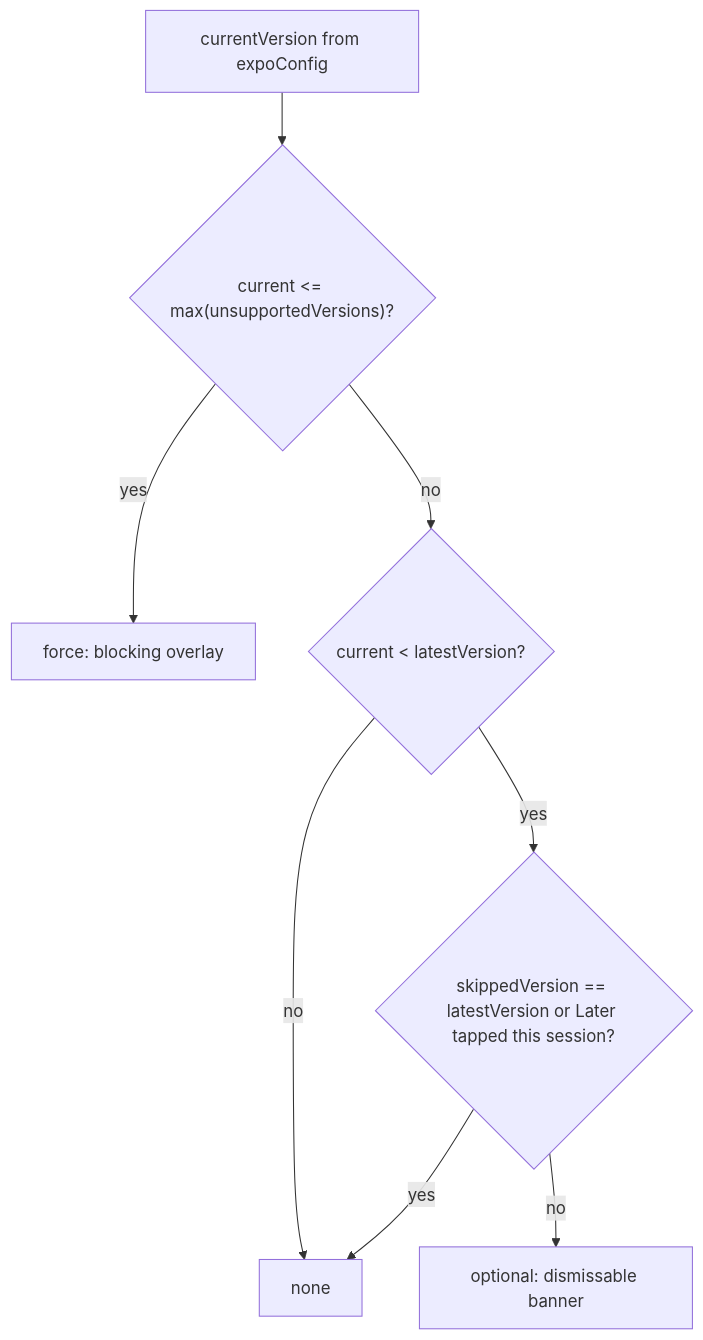
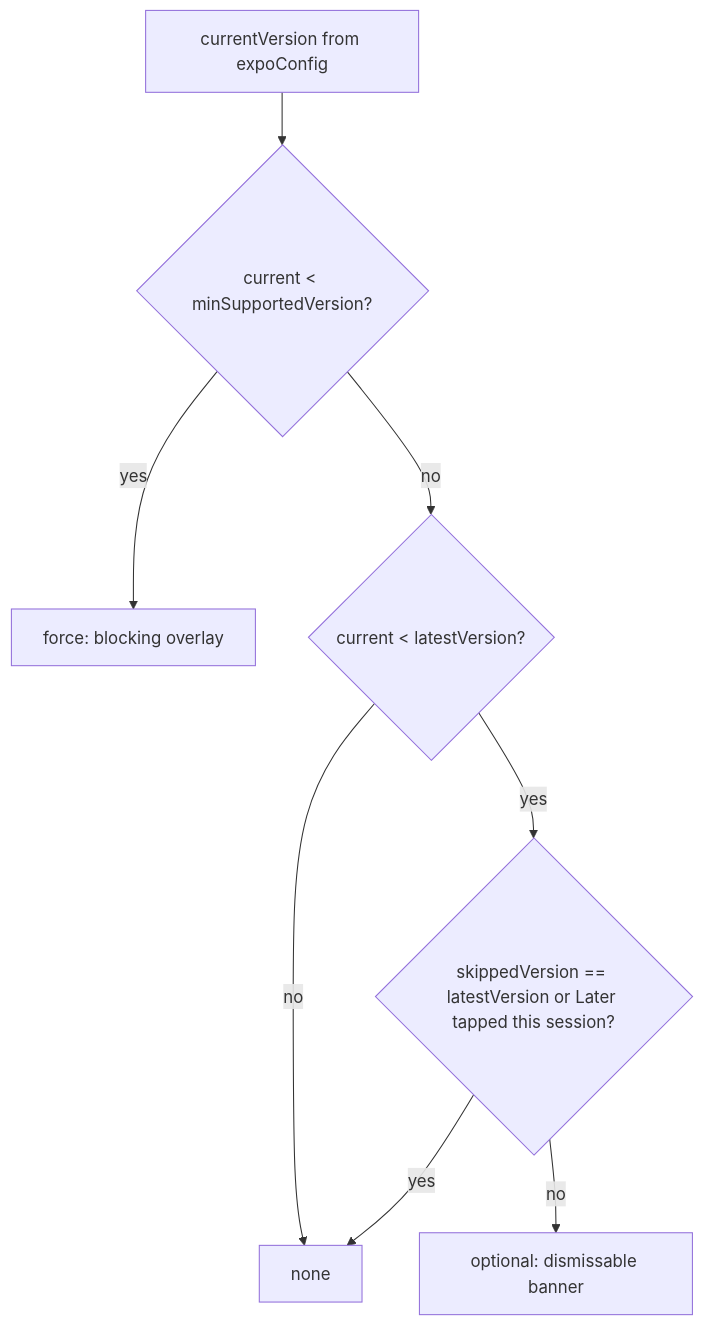
One commit to RitikJaiswal75/health-os changed the first of 2 diagrams in docs/APP-UPDATE-BANNER-PLAN.md. Above: the diagram before and after it, drawn with Mermaid. The commit also changed other lines of this file and 53 other files, not shown here.

````diff
--- a/docs/APP-UPDATE-BANNER-PLAN.md
+++ b/docs/APP-UPDATE-BANNER-PLAN.md
@@ -41,10 +44,10 @@
 ```mermaid
 flowchart TD
-  start[currentVersion from expoConfig] --> floorCheck{"current <= max(unsupportedVersions)?"}
+  start[currentVersion from expoConfig] --> floorCheck{"current < minSupportedVersion?"}
   floorCheck -->|yes| force[force: blocking overlay]
   floorCheck -->|no| latestCheck{"current < latestVersion?"}
   latestCheck -->|no| none[none]
   latestCheck -->|yes| skipCheck{"skippedVersion == latestVersion or Later tapped this session?"}
   skipCheck -->|yes| none
   skipCheck -->|no| optional[optional: dismissable banner]
 ```
````
